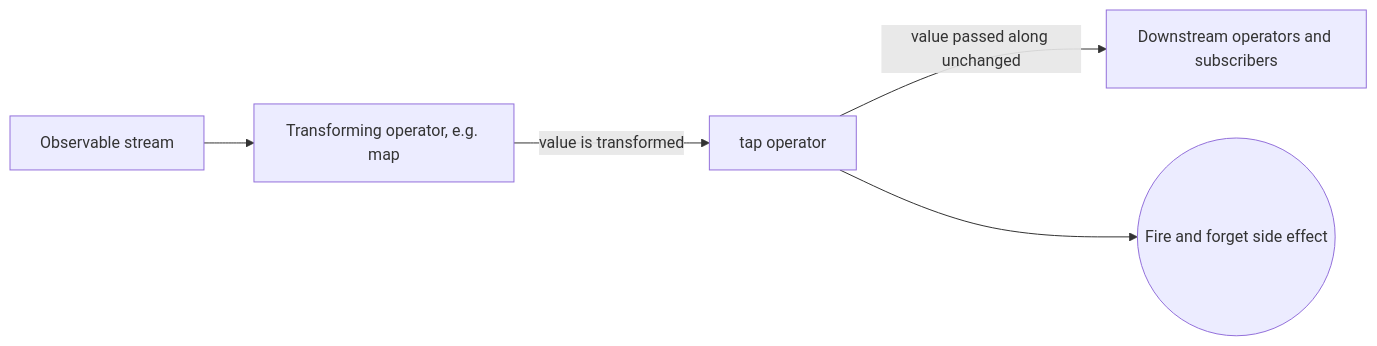
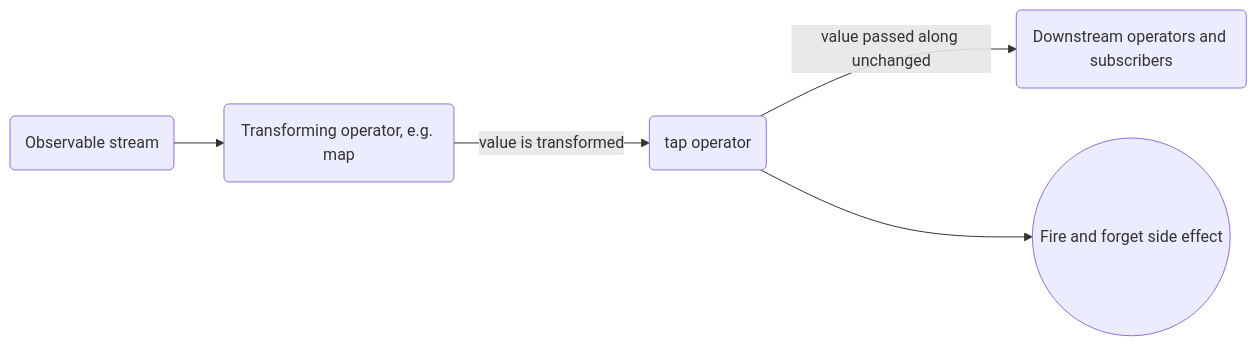
One commit to nearform/angular-patterns-workshop changed the diagram in apps/slides/slides/auto-refresh.md. Above: the diagram before and after it, drawn with Mermaid. The commit also changed 4 other files, not shown here.

````diff
--- a/apps/slides/slides/auto-refresh.md
+++ b/apps/slides/slides/auto-refresh.md
@@ -9,11 +9,11 @@
 ```mermaid
 flowchart LR
-  obs[Observable stream]
-  opTransform[Transforming operator, e.g. map]
-  opTap[tap operator]
-  downstream[Downstream operators and subscribers]
+  obs(Observable stream)
+  opTransform(Transforming operator, e.g. map)
+  opTap(tap operator)
+  downstream(Downstream operators and subscribers)
   sideEffect((Fire and forget side effect))
     obs --> opTransform -- value is transformed --> opTap -- value passed along unchanged --> downstream
     opTap --> sideEffect
 
 ```
````
